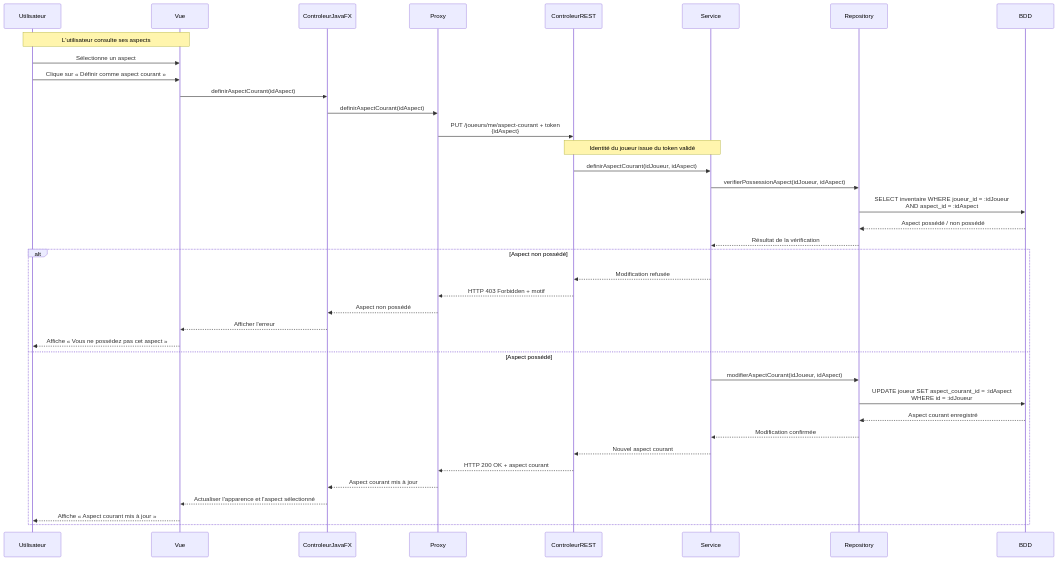
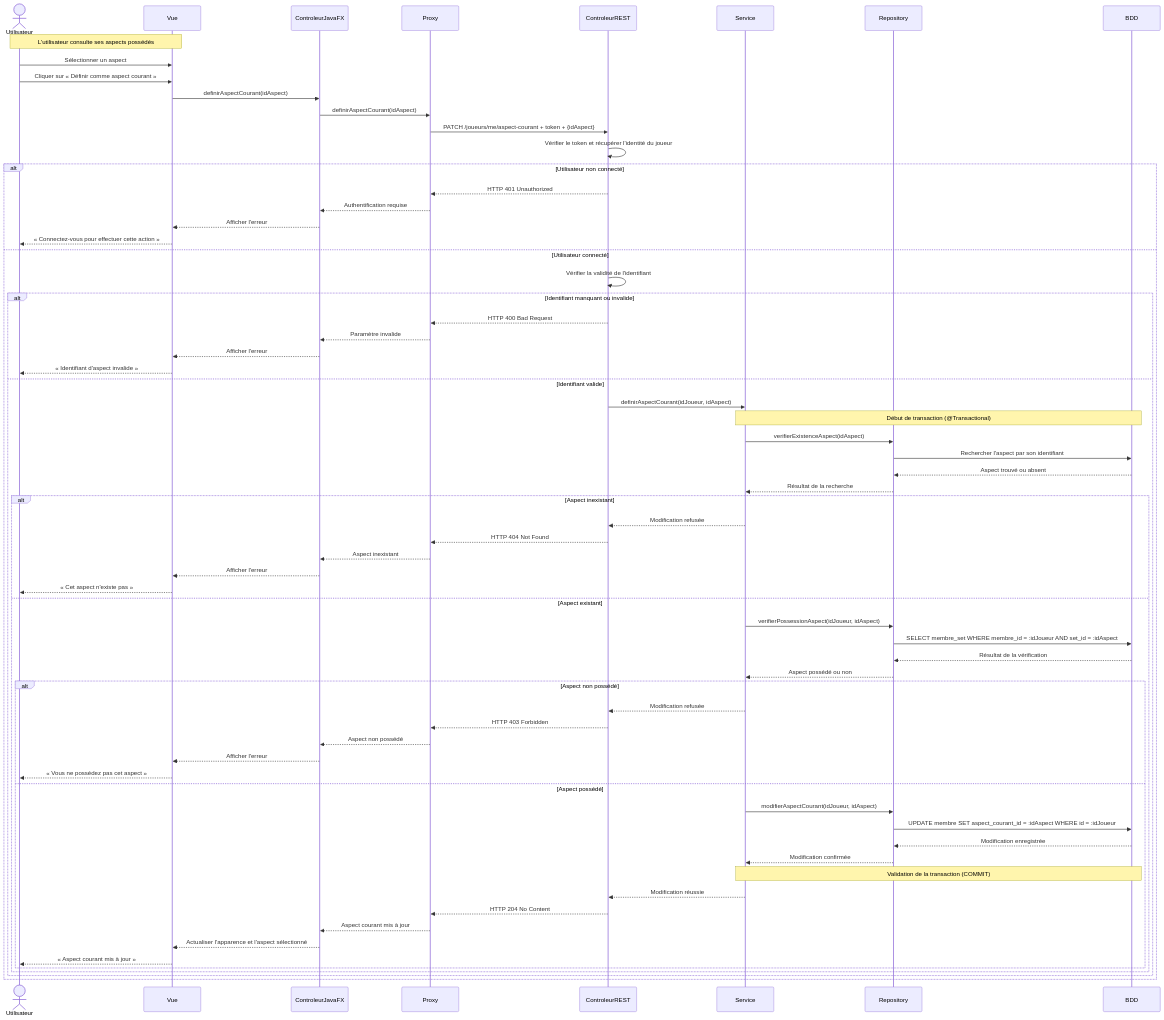
Before and after one commit to AbdelkaderCms/skull-groupe-2: the diagram in Conception/diagrammes-sequence/definir_un_aspect_en_courant.mmd, drawn with Mermaid. The commit also changed 18 other files, not shown here.

```diff
--- a/Conception/diagrammes-sequence/definir_un_aspect_en_courant.mmd
+++ b/Conception/diagrammes-sequence/definir_un_aspect_en_courant.mmd
@@ -1,40 +1,82 @@
+
 sequenceDiagram
-    participant U as Utilisateur
+    actor U as Utilisateur
     participant V as Vue
     participant C as ControleurJavaFX
     participant P as Proxy
     participant API as ControleurREST
     participant S as Service
     participant R as Repository
     participant DB as BDD
 
-    Note over U,V: L'utilisateur consulte ses aspects
-    U->>V: Sélectionne un aspect
-    U->>V: Clique sur « Définir comme aspect courant »
+    Note over U,V: L'utilisateur consulte ses aspects possédés
+    U->>V: Sélectionner un aspect
+    U->>V: Cliquer sur « Définir comme aspect courant »
     V->>C: definirAspectCourant(idAspect)
     C->>P: definirAspectCourant(idAspect)
-    P->>API: PUT /joueurs/me/aspect-courant + token<br/>{idAspect}
-    Note over API,S: Identité du joueur issue du token validé
-    API->>S: definirAspectCourant(idJoueur, idAspect)
-    S->>R: verifierPossessionAspect(idJoueur, idAspect)
-    R->>DB: SELECT inventaire WHERE joueur_id = :idJoueur<br/>AND aspect_id = :idAspect
-    DB-->>R: Aspect possédé / non possédé
-    R-->>S: Résultat de la vérification
+    P->>API: PATCH /joueurs/me/aspect-courant + token + {idAspect}
 
-    alt Aspect non possédé
-        S-->>API: Modification refusée
-        API-->>P: HTTP 403 Forbidden + motif
-        P-->>C: Aspect non possédé
+    API->>API: Vérifier le token et récupérer l'identité du joueur
+
+    alt Utilisateur non connecté
+        API-->>P: HTTP 401 Unauthorized
+        P-->>C: Authentification requise
         C-->>V: Afficher l'erreur
-        V-->>U: Affiche « Vous ne possédez pas cet aspect »
-    else Aspect possédé
-        S->>R: modifierAspectCourant(idJoueur, idAspect)
-        R->>DB: UPDATE joueur SET aspect_courant_id = :idAspect<br/>WHERE id = :idJoueur
-        DB-->>R: Aspect courant enregistré
-        R-->>S: Modification confirmée
-        S-->>API: Nouvel aspect courant
-        API-->>P: HTTP 200 OK + aspect courant
-        P-->>C: Aspect courant mis à jour
-        C-->>V: Actualiser l'apparence et l'aspect sélectionné
-        V-->>U: Affiche « Aspect courant mis à jour »
+        V-->>U: « Connectez-vous pour effectuer cette action »
+
+    else Utilisateur connecté
+        API->>API: Vérifier la validité de l'identifiant
+
+        alt Identifiant manquant ou invalide
+            API-->>P: HTTP 400 Bad Request
+            P-->>C: Paramètre invalide
+            C-->>V: Afficher l'erreur
+            V-->>U: « Identifiant d'aspect invalide »
+
+        else Identifiant valide
+            API->>S: definirAspectCourant(idJoueur, idAspect)
+
+            Note over S,DB: Début de transaction (@Transactional)
+
+            S->>R: verifierExistenceAspect(idAspect)
+            R->>DB: Rechercher l'aspect par son identifiant
+            DB-->>R: Aspect trouvé ou absent
+            R-->>S: Résultat de la recherche
+
+            alt Aspect inexistant
+                S-->>API: Modification refusée
+                API-->>P: HTTP 404 Not Found
+                P-->>C: Aspect inexistant
+                C-->>V: Afficher l'erreur
+                V-->>U: « Cet aspect n'existe pas »
+
+            else Aspect existant
+                S->>R: verifierPossessionAspect(idJoueur, idAspect)
+                R->>DB: SELECT membre_set WHERE membre_id = :idJoueur AND set_id = :idAspect
+                DB-->>R: Résultat de la vérification
+                R-->>S: Aspect possédé ou non
+
+                alt Aspect non possédé
+                    S-->>API: Modification refusée
+                    API-->>P: HTTP 403 Forbidden
+                    P-->>C: Aspect non possédé
+                    C-->>V: Afficher l'erreur
+                    V-->>U: « Vous ne possédez pas cet aspect »
+
+                else Aspect possédé
+                    S->>R: modifierAspectCourant(idJoueur, idAspect)
+                    R->>DB: UPDATE membre SET aspect_courant_id = :idAspect WHERE id = :idJoueur
+                    DB-->>R: Modification enregistrée
+                    R-->>S: Modification confirmée
+
+                    Note over S,DB: Validation de la transaction (COMMIT)
+
+                    S-->>API: Modification réussie
+                    API-->>P: HTTP 204 No Content
+                    P-->>C: Aspect courant mis à jour
+                    C-->>V: Actualiser l'apparence et l'aspect sélectionné
+                    V-->>U: « Aspect courant mis à jour »
+                end
+            end
+        end
     end
```
